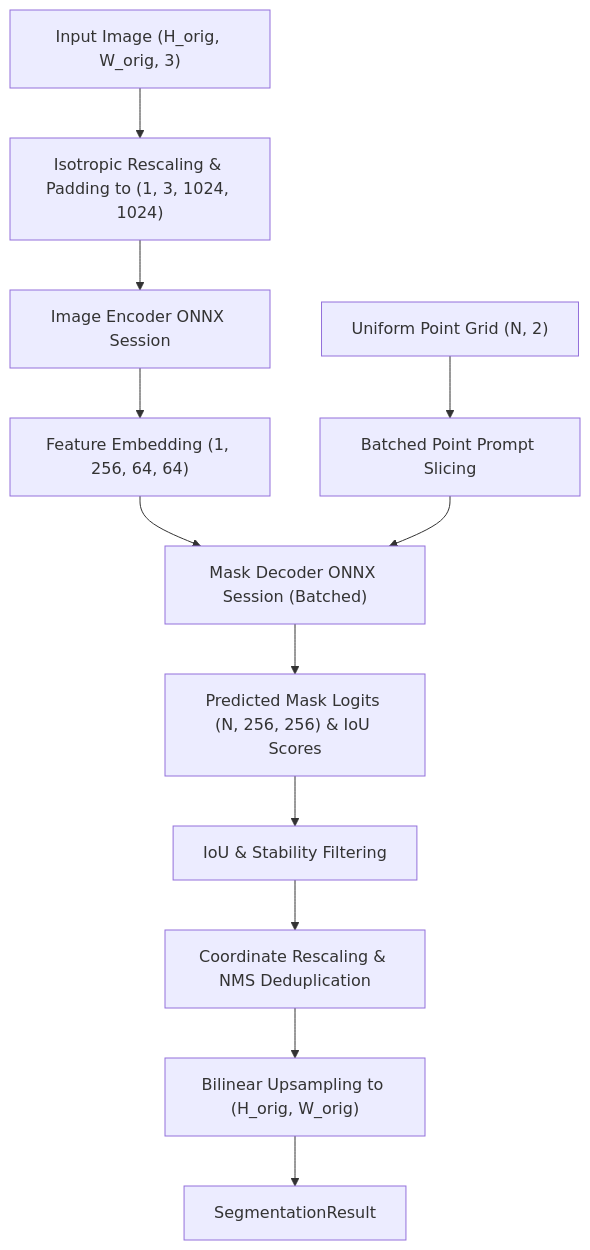
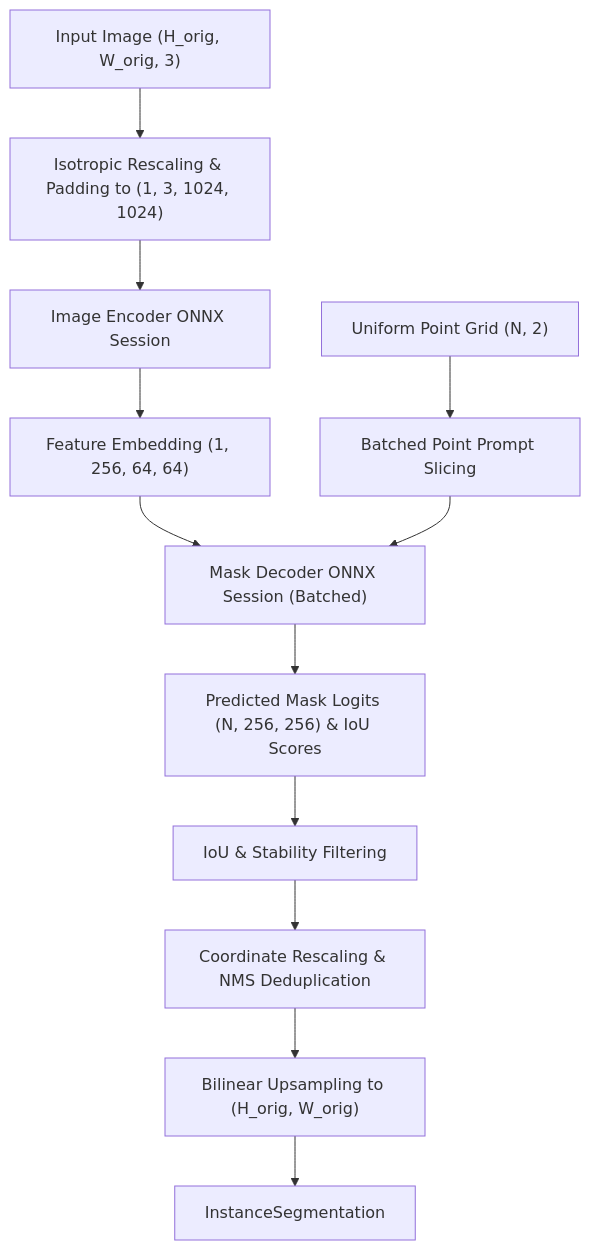
One commit to spatialhub-ai/spatialhub changed the diagram in src/spatialhub/models/sam/README.md. Above: the diagram before and after it, drawn with Mermaid. The commit also changed other lines of this file and 3 other files, not shown here.

````diff
--- a/src/spatialhub/models/sam/README.md
+++ b/src/spatialhub/models/sam/README.md
@@ -26,14 +26,14 @@
 ```mermaid
 graph TD
     A["Input Image (H_orig, W_orig, 3)"] --> B["Isotropic Rescaling & Padding to (1, 3, 1024, 1024)"]
     B --> C["Image Encoder ONNX Session"]
     C --> D["Feature Embedding (1, 256, 64, 64)"]
     E["Uniform Point Grid (N, 2)"] --> F["Batched Point Prompt Slicing"]
     D --> G["Mask Decoder ONNX Session (Batched)"]
     F --> G
     G --> H["Predicted Mask Logits (N, 256, 256) & IoU Scores"]
     H --> I["IoU & Stability Filtering"]
     I --> J["Coordinate Rescaling & NMS Deduplication"]
     J --> K["Bilinear Upsampling to (H_orig, W_orig)"]
-    K --> L["SegmentationResult"]
+    K --> L["InstanceSegmentation"]
 ```
````
